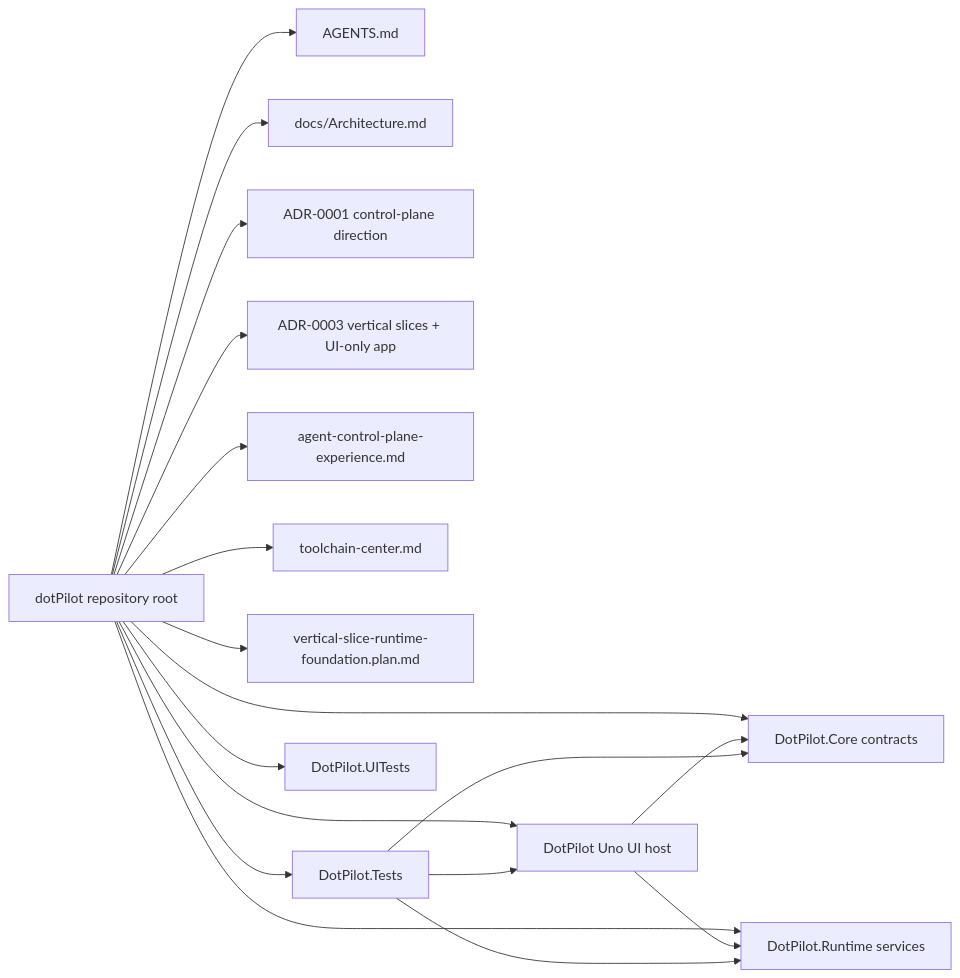
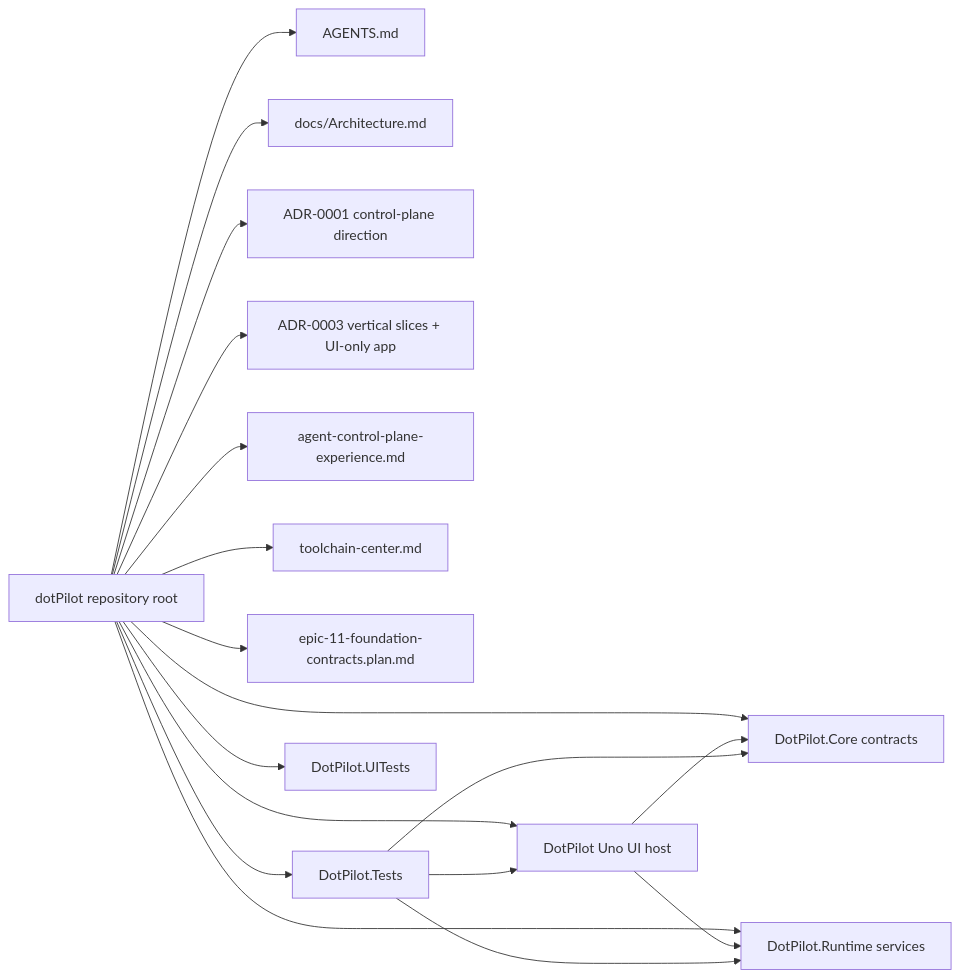
One commit to managedcode/dotPilot changed the first of 6 diagrams in docs/Architecture.md. Above: the diagram before and after it, drawn with Mermaid. The commit also changed other lines of this file and 8 other files, not shown here.

Commit message:
Finalize foundation contracts epic

````diff
--- a/docs/Architecture.md
+++ b/docs/Architecture.md
@@ -29,34 +28,34 @@
 ```mermaid
 flowchart LR
   Root["dotPilot repository root"]
   Governance["AGENTS.md"]
   Architecture["docs/Architecture.md"]
   Adr1["ADR-0001 control-plane direction"]
   Adr3["ADR-0003 vertical slices + UI-only app"]
   Feature["agent-control-plane-experience.md"]
   Toolchains["toolchain-center.md"]
-  Plan["vertical-slice-runtime-foundation.plan.md"]
+  Plan["epic-11-foundation-contracts.plan.md"]
   Ui["DotPilot Uno UI host"]
   Core["DotPilot.Core contracts"]
   Runtime["DotPilot.Runtime services"]
   Unit["DotPilot.Tests"]
   UiTests["DotPilot.UITests"]
 
   Root --> Governance
   Root --> Architecture
   Root --> Adr1
   Root --> Adr3
   Root --> Feature
   Root --> Toolchains
   Root --> Plan
   Root --> Ui
   Root --> Core
   Root --> Runtime
   Root --> Unit
   Root --> UiTests
   Ui --> Core
   Ui --> Runtime
   Unit --> Ui
   Unit --> Core
   Unit --> Runtime
 ```
````
